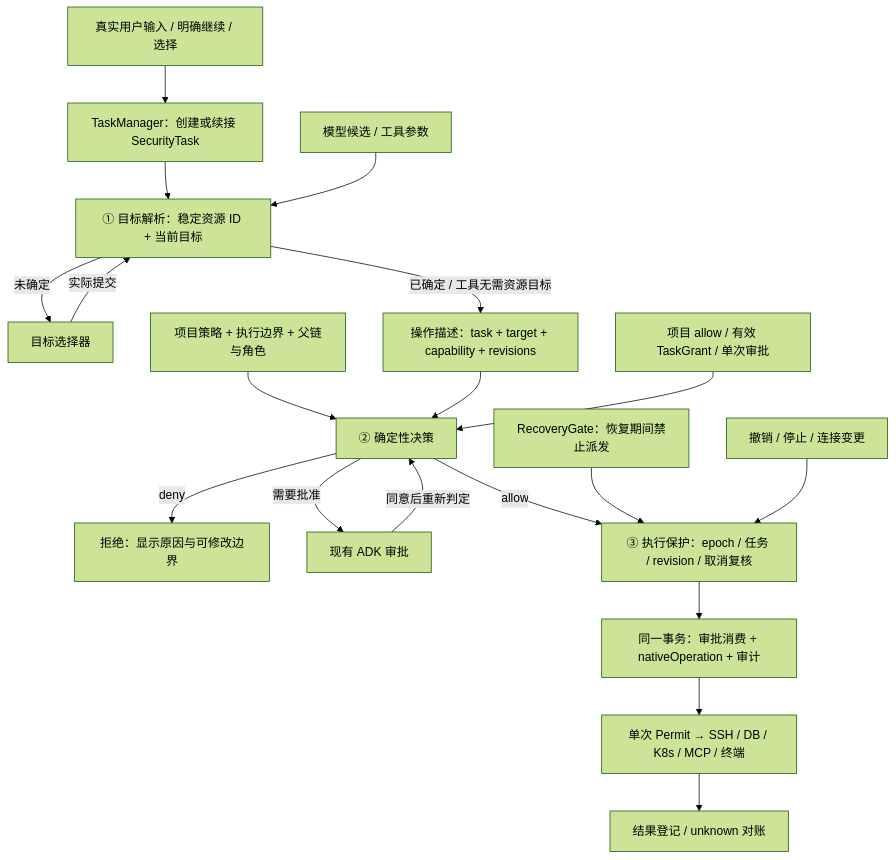
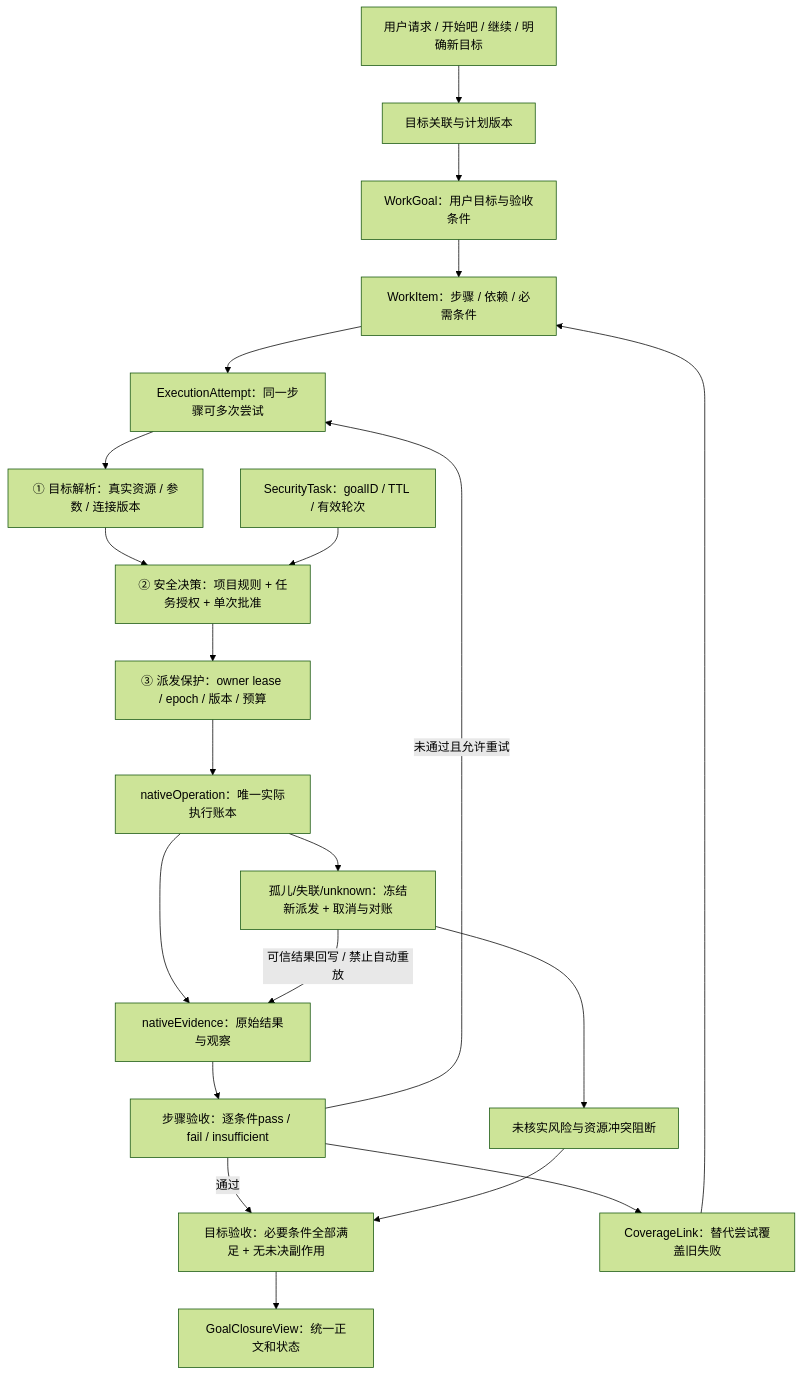
One commit to Clean-Lakes/Lake changed the first of 4 diagrams in docs/design/lake-security-v1.md. Above: the diagram before and after it, drawn with Mermaid (forest theme). The commit also changed other lines of this file and 1 other file, not shown here.

Commit message:
docs: close goals through attempts evidence and acceptance

````diff
--- a/docs/design/lake-security-v1.md
+++ b/docs/design/lake-security-v1.md
@@ -44,21 +48,23 @@
 ```mermaid
 flowchart TB
-    U[真实用户输入 / 明确继续 / 选择] --> TM[TaskManager：创建或续接 SecurityTask]
-    TM --> R[① 目标解析：稳定资源 ID + 当前目标]
-    M[模型候选 / 工具参数] --> R
-    R -->|未确定| Q[目标选择器]
-    Q -->|实际提交| R
-    R -->|已确定 / 工具无需资源目标| O[操作描述：task + target + capability + revisions]
-    P[项目策略 + 执行边界 + 父链与角色] --> E[② 确定性决策]
-    O --> E
-    G[项目 allow / 有效 TaskGrant / 单次审批] --> E
-    E -->|deny| N[拒绝：显示原因与可修改边界]
-    E -->|需要批准| C[现有 ADK 审批]
-    C -->|同意后重新判定| E
-    E -->|allow| D[③ 执行保护：epoch / 任务 / revision / 取消复核]
-    RG[RecoveryGate：恢复期间禁止派发] --> D
-    D --> X[同一事务：审批消费 + nativeOperation + 审计]
-    X --> I[单次 Permit → SSH / DB / K8s / MCP / 终端]
-    I --> Z[结果登记 / unknown 对账]
-    RV[撤销 / 停止 / 连接变更] --> D
+    U[用户请求 / 开始吧 / 继续 / 明确新目标] --> B[目标关联与计划版本]
+    B --> G[WorkGoal：用户目标与验收条件]
+    G --> S[WorkItem：步骤 / 依赖 / 必需条件]
+    S --> A[ExecutionAttempt：同一步骤可多次尝试]
+    A --> R[① 目标解析：真实资源 / 参数 / 连接版本]
+    R --> E[② 安全决策：项目规则 + 任务授权 + 单次批准]
+    T[SecurityTask：goalID / TTL / 有效轮次] --> E
+    E --> D[③ 派发保护：owner lease / epoch / 版本 / 预算]
+    D --> O[nativeOperation：唯一实际执行账本]
+    O --> V[nativeEvidence：原始结果与观察]
+    V --> C[步骤验收：逐条件pass / fail / insufficient]
+    C -->|未通过且允许重试| A
+    C -->|通过| GC[目标验收：必要条件全部满足 + 无未决副作用]
+    GC --> GV[GoalClosureView：统一正文和状态]
+    C --> CL[CoverageLink：替代尝试覆盖旧失败]
+    CL --> S
+    O --> W[孤儿/失联/unknown：冻结新派发 + 取消与对账]
+    W -->|可信结果回写 / 禁止自动重放| V
+    W --> RB[未核实风险与资源冲突阻断]
+    RB --> GC
 ```
````
